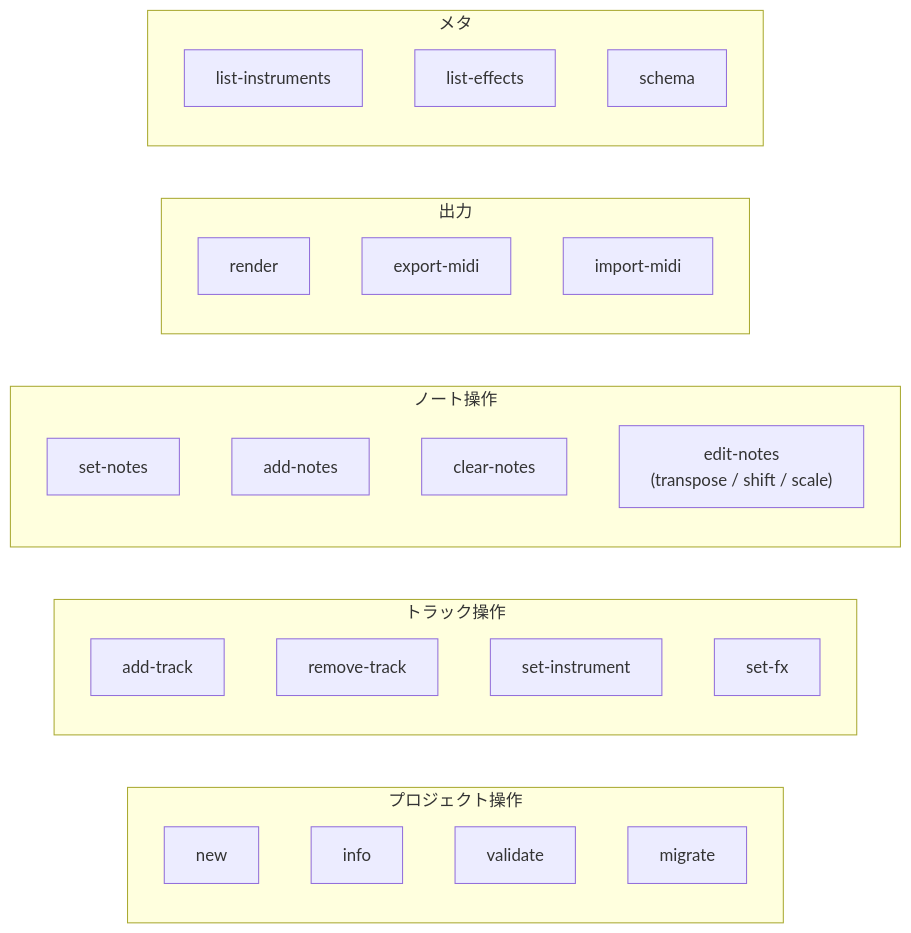
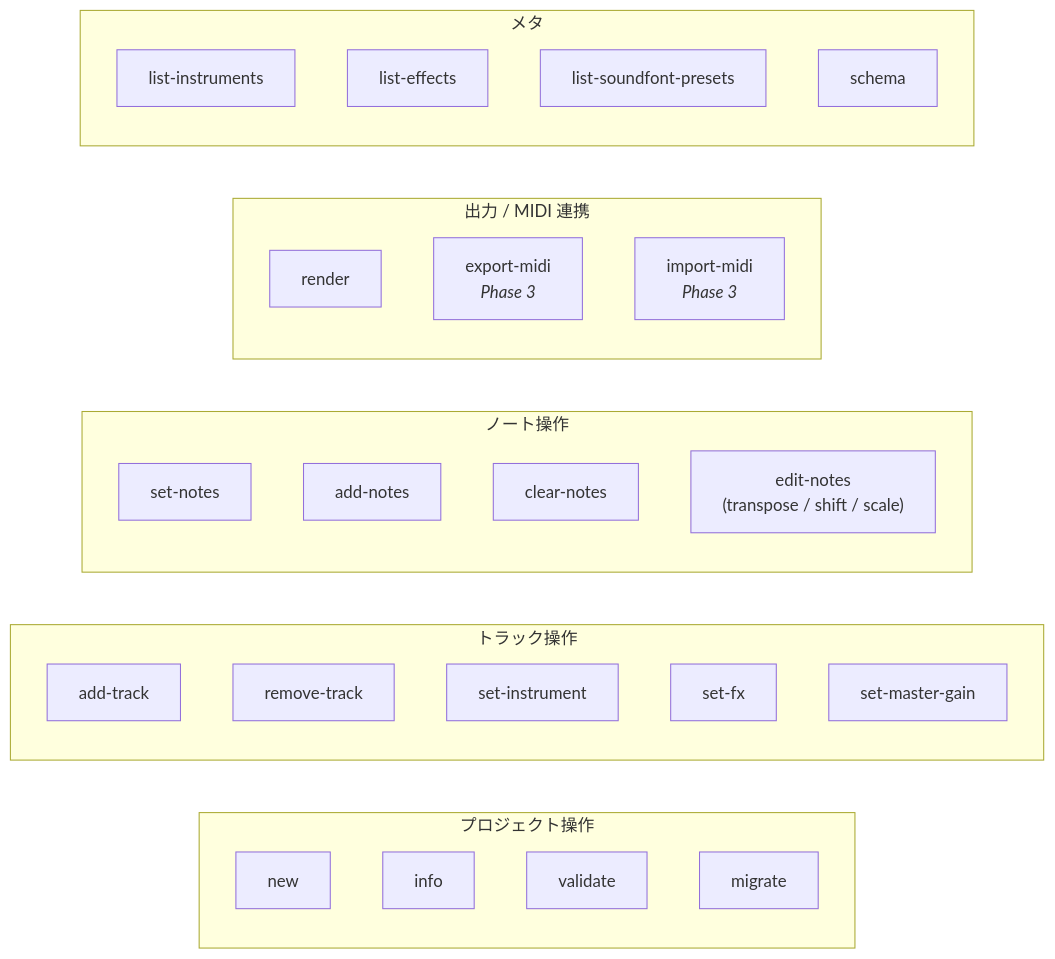
The diagram in docs/design/03-cli.md (krtw00/codetta), drawn with Mermaid before and after one commit. The commit also changed other lines of this file and 1 other file, not shown here.

````diff
--- a/docs/design/03-cli.md
+++ b/docs/design/03-cli.md
@@ -22,31 +39,33 @@
 ```mermaid
 flowchart LR
     subgraph CRUD["プロジェクト操作"]
         new["new"]
         info["info"]
         validate["validate"]
         migrate["migrate"]
     end
     subgraph Track["トラック操作"]
         add_track["add-track"]
         remove_track["remove-track"]
         set_instrument["set-instrument"]
         set_fx["set-fx"]
+        set_master_gain["set-master-gain"]
     end
     subgraph Notes["ノート操作"]
         set_notes["set-notes"]
         add_notes["add-notes"]
         clear_notes["clear-notes"]
         edit_notes["edit-notes<br/>(transpose / shift / scale)"]
     end
-    subgraph Render["出力"]
+    subgraph Render["出力 / MIDI 連携"]
         render["render"]
-        export_midi["export-midi"]
-        import_midi["import-midi"]
+        export_midi["export-midi<br/><i>Phase 3</i>"]
+        import_midi["import-midi<br/><i>Phase 3</i>"]
     end
     subgraph Meta["メタ"]
         list_instruments["list-instruments"]
         list_effects["list-effects"]
+        list_sf2_presets["list-soundfont-presets"]
         schema["schema"]
     end
 ```
````
